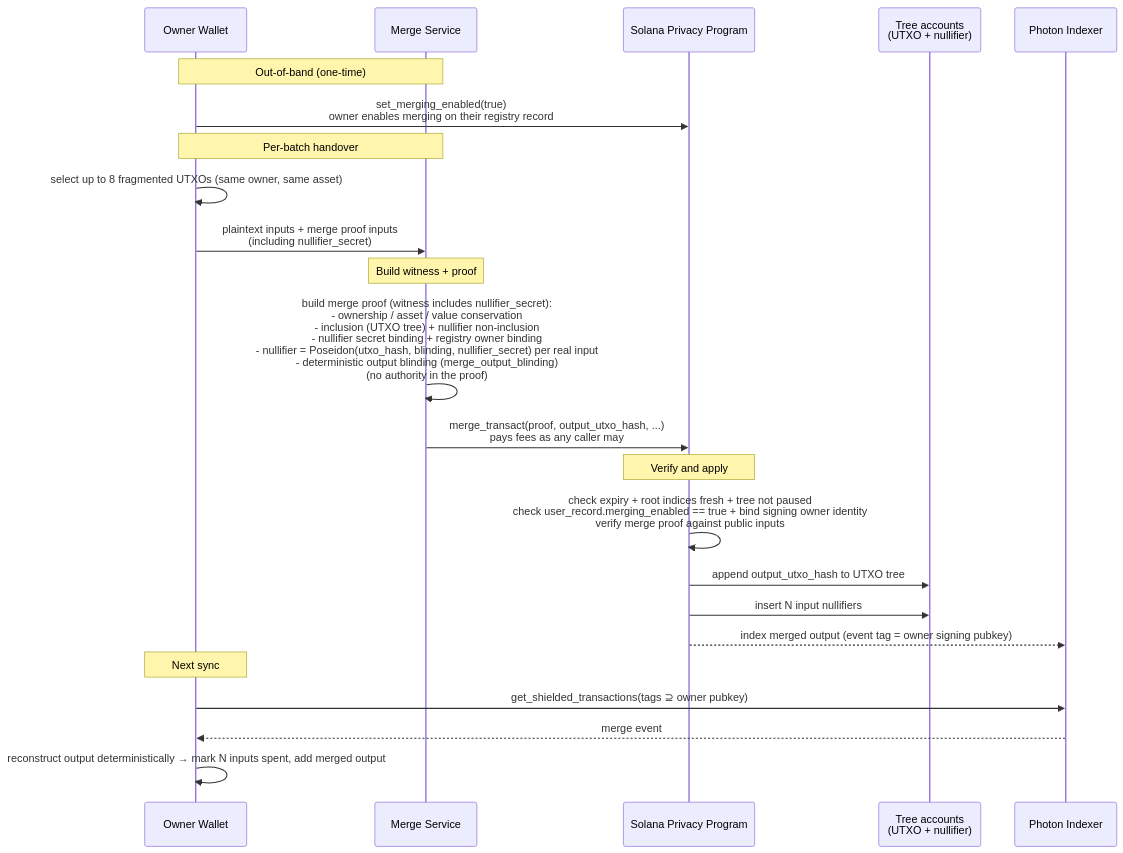
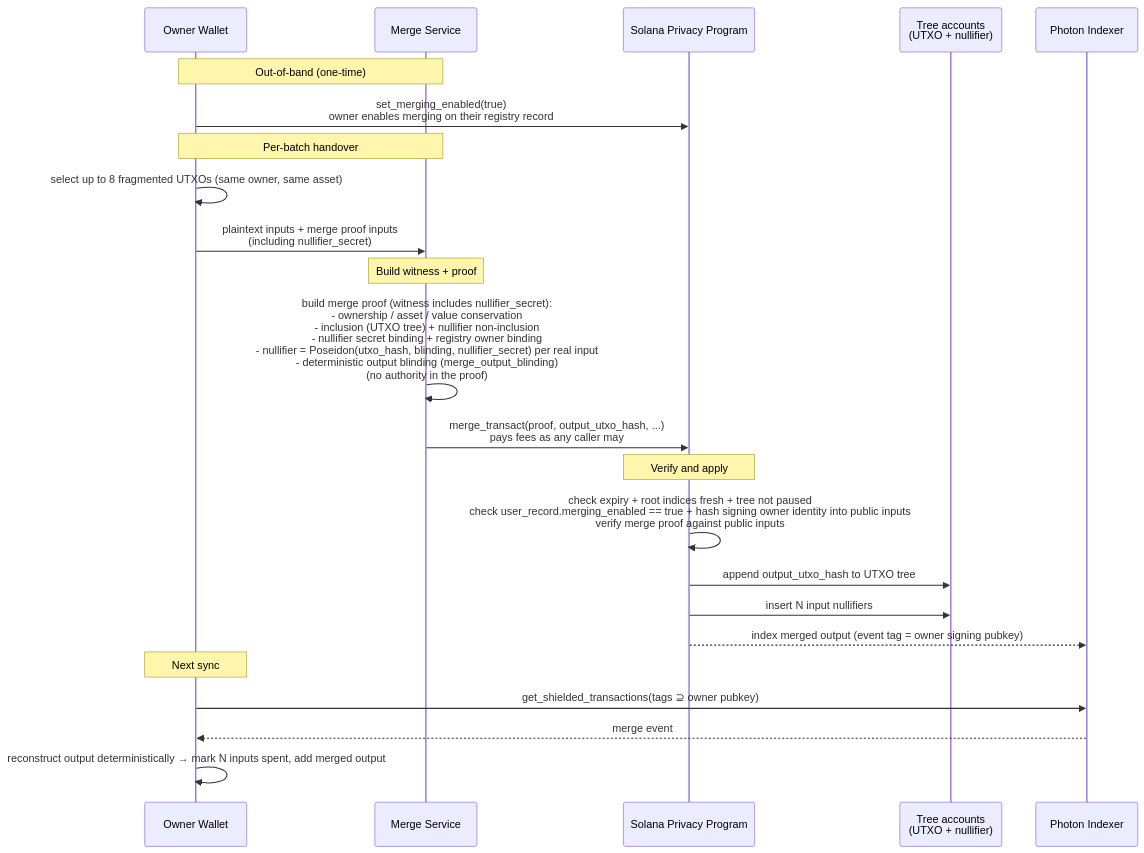
One commit to helius-labs/zolana changed the fifth of 5 diagrams in docs/spec.md. Above: the diagram before and after it, drawn with Mermaid. The commit also changed other lines of this file and 1 other file, not shown here.

````diff
--- a/docs/spec.md
+++ b/docs/spec.md
@@ -2644,30 +2639,30 @@
 ```mermaid
 sequenceDiagram
     participant Wallet as Owner Wallet
     participant Merge as Merge Service
     participant SPP as Solana Privacy Program
     participant Trees as Tree accounts<br/>(UTXO + nullifier)
     participant Indexer as Photon Indexer
 
     Note over Merge,Wallet: Out-of-band (one-time)
     Wallet->>SPP: set_merging_enabled(true)<br/>owner enables merging on their registry record
 
     Note over Wallet,Merge: Per-batch handover
     Wallet->>Wallet: select up to 8 fragmented UTXOs (same owner, same asset)
     Wallet->>Merge: plaintext inputs + merge proof inputs<br/>(including nullifier_secret)
 
     Note over Merge: Build witness + proof
     Merge->>Merge: build merge proof (witness includes nullifier_secret):<br/>- ownership / asset / value conservation<br/>- inclusion (UTXO tree) + nullifier non-inclusion<br/>- nullifier secret binding + registry owner binding<br/>- nullifier = Poseidon(utxo_hash, blinding, nullifier_secret) per real input<br/>- deterministic output blinding (merge_output_blinding)<br/>(no authority in the proof)
     Merge->>SPP: merge_transact(proof, output_utxo_hash, ...)<br/>pays fees as any caller may
 
     Note over SPP: Verify and apply
-    SPP->>SPP: check expiry + root indices fresh + tree not paused<br/>check user_record.merging_enabled == true + bind signing owner identity<br/>verify merge proof against public inputs
+    SPP->>SPP: check expiry + root indices fresh + tree not paused<br/>check user_record.merging_enabled == true + hash signing owner identity into public inputs<br/>verify merge proof against public inputs
     SPP->>Trees: append output_utxo_hash to UTXO tree
     SPP->>Trees: insert N input nullifiers
     SPP-->>Indexer: index merged output (event tag = owner signing pubkey)
 
     Note over Wallet: Next sync
     Wallet->>Indexer: get_shielded_transactions(tags ⊇ owner pubkey)
     Indexer-->>Wallet: merge event
     Wallet->>Wallet: reconstruct output deterministically → mark N inputs spent, add merged output
 ```
````
